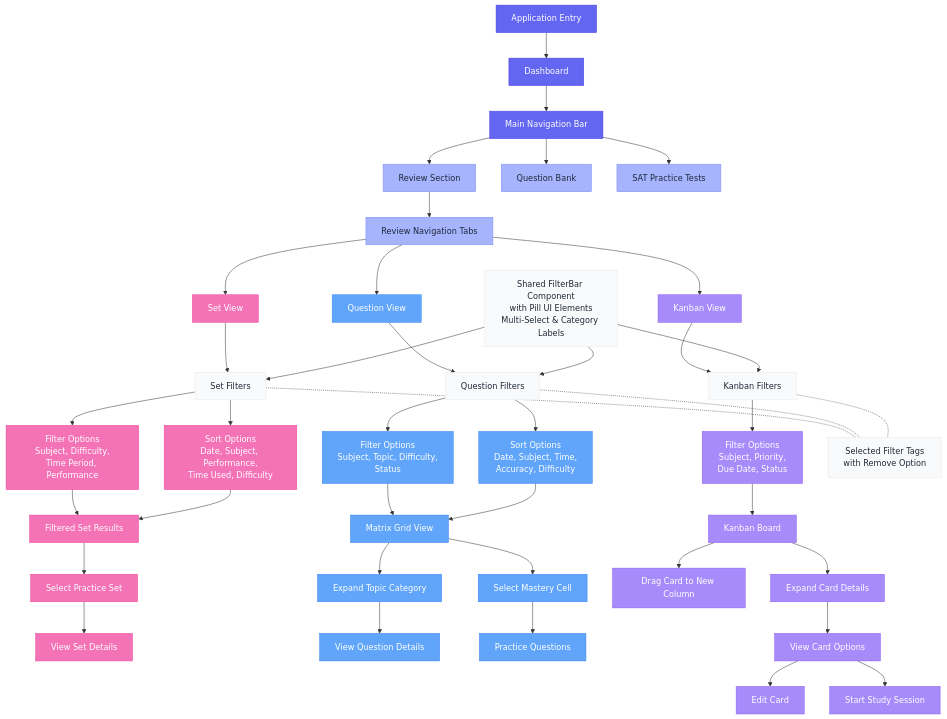
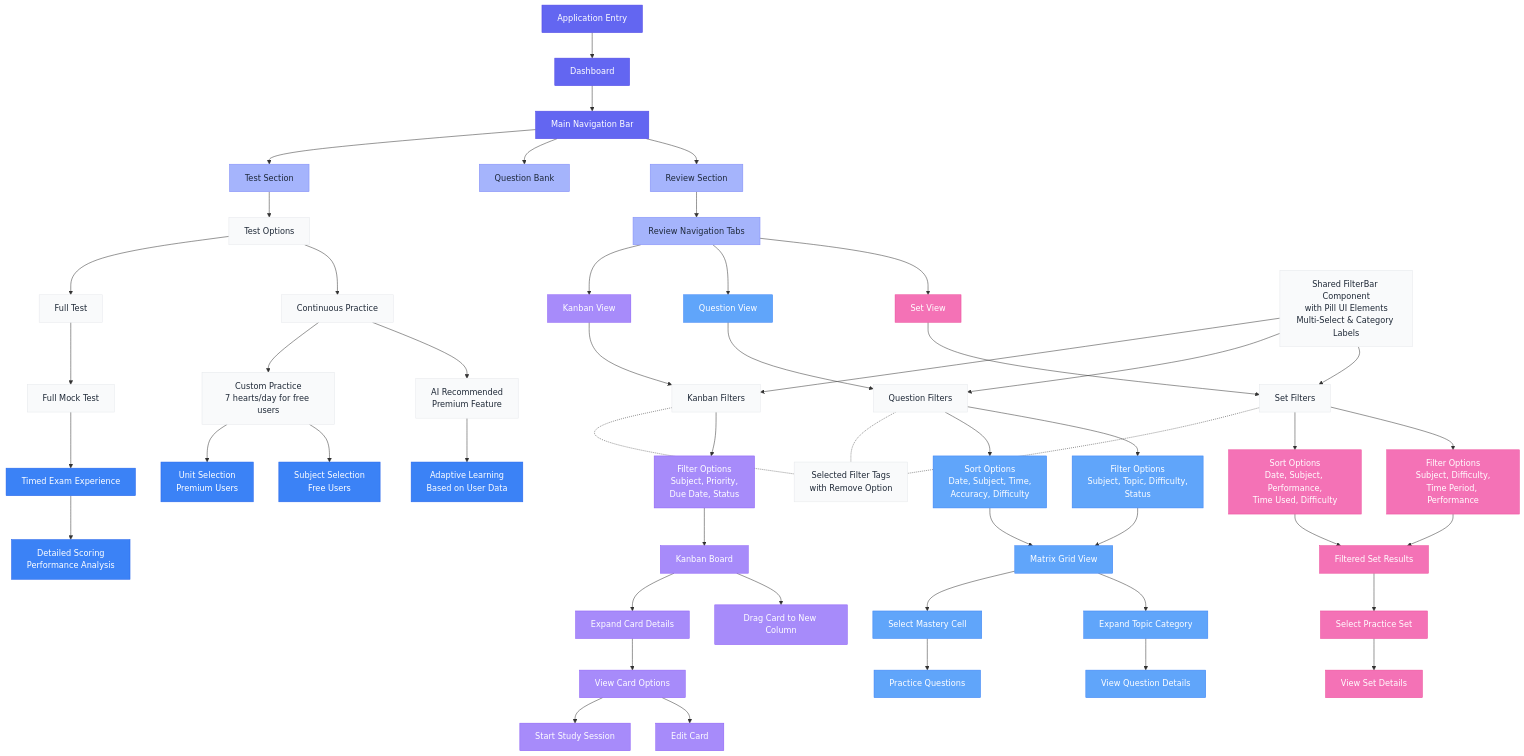
Before and after one commit to kev61616/Common_UI_Refresh: the diagram in user-flow.mmd, drawn with Mermaid. The commit also changed 6 other files, not shown here.

```diff
--- a/user-flow.mmd
+++ b/user-flow.mmd
@@ -1,76 +1,95 @@
 graph TD
     %% Main Application Entry
     Start[Application Entry] --> Dashboard[Dashboard]
     Dashboard --> MenuNavigation[Main Navigation Bar]
     
     %% Main Navigation Options
     MenuNavigation --> ReviewSection[Review Section]
     MenuNavigation --> QuestionBank[Question Bank]
-    MenuNavigation --> SATSection[SAT Practice Tests]
+    MenuNavigation --> TestSection[Test Section]
     
     %% Review Section Navigation
     ReviewSection --> ReviewNav[Review Navigation Tabs]
     
     %% Three Main Views
     ReviewNav --> SetView[Set View]
     ReviewNav --> QuestionView[Question View]
     ReviewNav --> KanbanView[Kanban View]
     
     %% Set View Flow
     SetView --> SetFilterBar[Set Filters]
     SetFilterBar --> SetFilterOptions[Filter Options<br/>Subject, Difficulty,<br/>Time Period, Performance]
     SetFilterBar --> SetSortOptions[Sort Options<br/>Date, Subject, Performance,<br/>Time Used, Difficulty]
     SetFilterOptions --> FilteredSetResults[Filtered Set Results]
     SetSortOptions --> FilteredSetResults
     FilteredSetResults --> SelectSet[Select Practice Set]
     SelectSet --> SetDetails[View Set Details]
     
     %% Question View Flow
     QuestionView --> QuestionFilterBar[Question Filters]
     QuestionFilterBar --> QuestionFilterOptions[Filter Options<br/>Subject, Topic, Difficulty,<br/>Status]
     QuestionFilterBar --> QuestionSortOptions[Sort Options<br/>Date, Subject, Time,<br/>Accuracy, Difficulty]
     QuestionFilterOptions --> MatrixGrid[Matrix Grid View]
     QuestionSortOptions --> MatrixGrid
     MatrixGrid --> ExpandCategory[Expand Topic Category]
     ExpandCategory --> ViewQuestionDetails[View Question Details]
     MatrixGrid --> SelectMasteryCell[Select Mastery Cell]
     SelectMasteryCell --> PracticeQuestions[Practice Questions]
     
     %% Kanban View Flow
     KanbanView --> KanbanFilterBar[Kanban Filters]
     KanbanFilterBar --> KanbanFilterOptions[Filter Options<br/>Subject, Priority,<br/>Due Date, Status]
     KanbanFilterOptions --> KanbanBoard[Kanban Board]
     KanbanBoard --> DragCard[Drag Card to New Column]
     KanbanBoard --> ExpandCard[Expand Card Details]
     ExpandCard --> CardOptions[View Card Options]
     CardOptions --> EditCard[Edit Card]
     CardOptions --> StartStudy[Start Study Session]
     
+    %% Test Section Flow
+    TestSection --> TestOptions[Test Options]
+    TestOptions --> ContinuousPractice[Continuous Practice]
+    TestOptions --> FullTest[Full Test]
+    
+    %% Continuous Practice Options
+    ContinuousPractice --> AIRecommended[AI Recommended<br/>Premium Feature]
+    ContinuousPractice --> CustomPractice[Custom Practice<br/>7 hearts/day for free users]
+    AIRecommended --> AdaptiveLearning[Adaptive Learning<br/>Based on User Data]
+    CustomPractice --> SubjectSelection[Subject Selection<br/>Free Users]
+    CustomPractice --> UnitSelection[Unit Selection<br/>Premium Users]
+    
+    %% Full Test Flow
+    FullTest --> MockTest[Full Mock Test]
+    MockTest --> TimedExam[Timed Exam Experience]
+    TimedExam --> DetailedScoring[Detailed Scoring<br/>Performance Analysis]
+    
     %% Shared Components
     FilterBar[Shared FilterBar Component<br/>with Pill UI Elements<br/>Multi-Select & Category Labels]
     FilterBar --> SetFilterBar
     FilterBar --> QuestionFilterBar
     FilterBar --> KanbanFilterBar
     
     %% Additional Filter Features
     SetFilterBar -.- FilterTags[Selected Filter Tags<br/>with Remove Option]
     QuestionFilterBar -.- FilterTags
     KanbanFilterBar -.- FilterTags
     
     %% Visual Styling
     classDef primary fill:#6366F1,stroke:#4F46E5,color:white
     classDef secondary fill:#A5B4FC,stroke:#818CF8,color:#1E293B
     classDef action fill:#3B82F6,stroke:#2563EB,color:white
     classDef interface fill:#F9FAFB,stroke:#E5E7EB,color:#1F2937
     classDef setView fill:#F472B6,stroke:#EC4899,color:white
     classDef questionView fill:#60A5FA,stroke:#3B82F6,color:white
     classDef kanbanView fill:#A78BFA,stroke:#8B5CF6,color:white
     
     %% Apply styles
     class Start,Dashboard,MenuNavigation primary
     class ReviewSection,ReviewNav secondary
     class FilterBar,SetFilterBar,QuestionFilterBar,KanbanFilterBar,FilterTags interface
     class SetView,SetFilterOptions,SetSortOptions,FilteredSetResults,SelectSet,SetDetails setView
     class QuestionView,QuestionFilterOptions,QuestionSortOptions,MatrixGrid,ExpandCategory,ViewQuestionDetails,SelectMasteryCell,PracticeQuestions questionView
     class KanbanView,KanbanFilterOptions,KanbanBoard,DragCard,ExpandCard,CardOptions,EditCard,StartStudy kanbanView
-    class QuestionBank,SATSection secondary
+    class QuestionBank,TestSection secondary
+    class TestOptions,ContinuousPractice,FullTest,AIRecommended,CustomPractice,MockTest interface
+    class AdaptiveLearning,SubjectSelection,UnitSelection,TimedExam,DetailedScoring action
```
